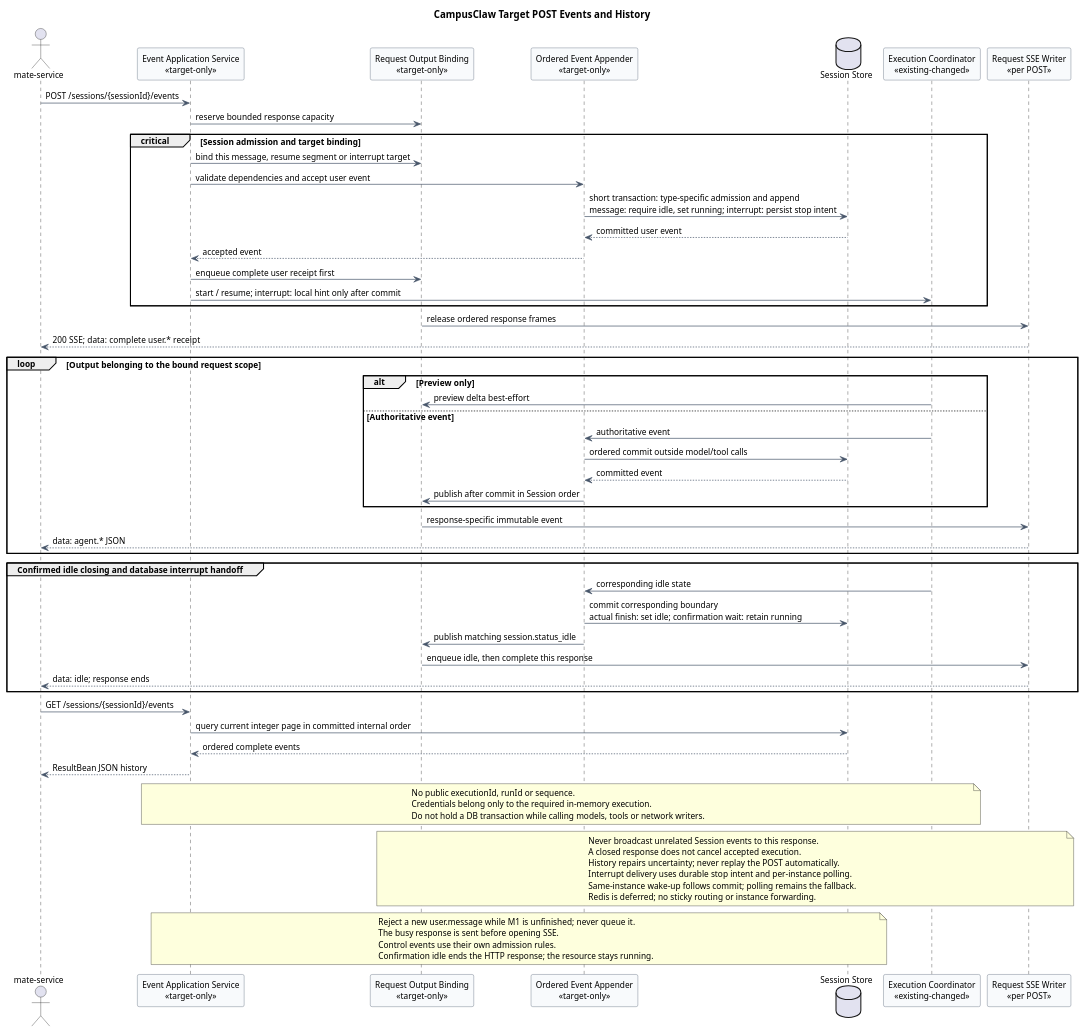
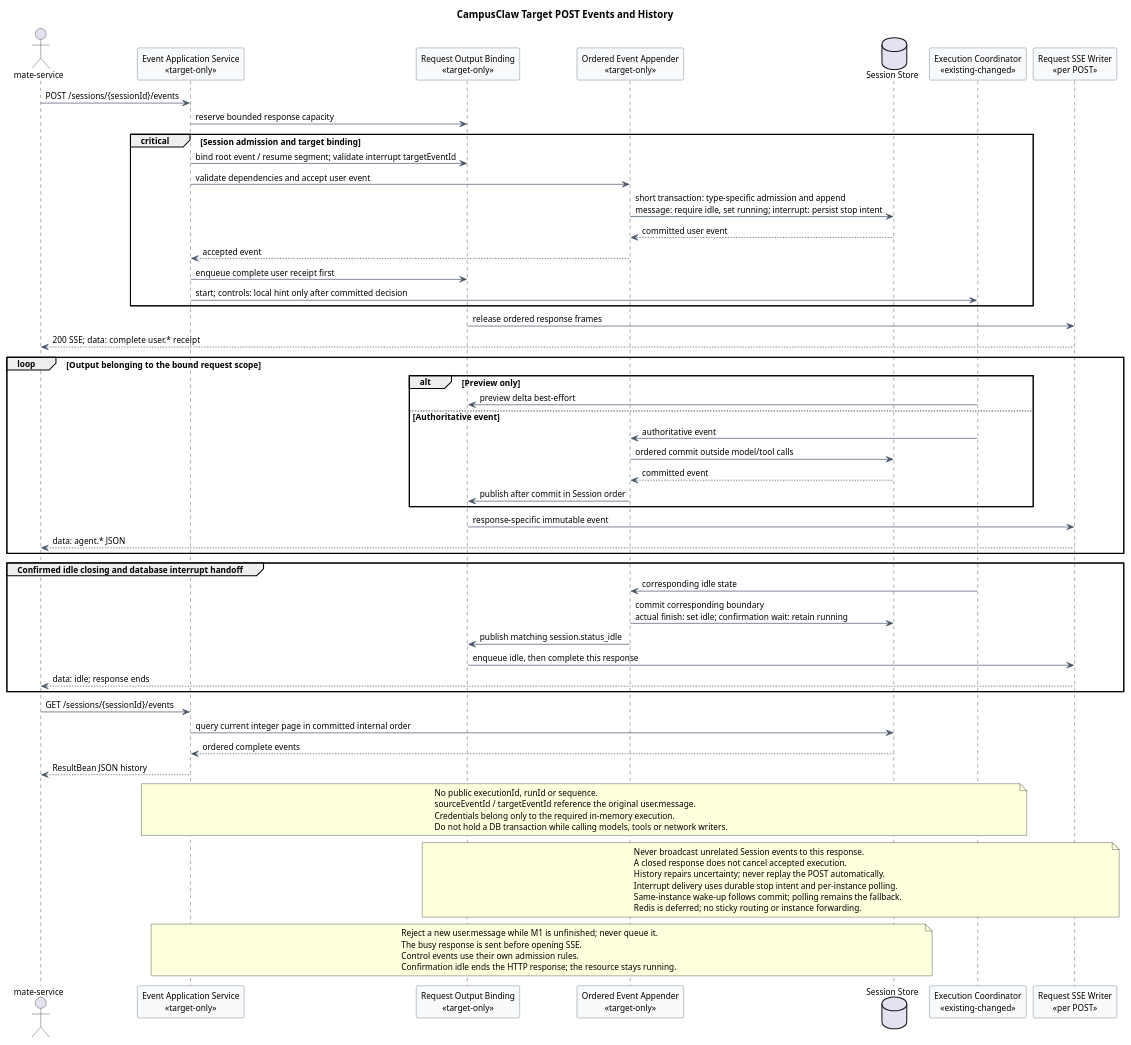
The first of 5 diagrams in 01-总体架构/01-CampusClaw多Agent运行时/设计图/事件接口重设计/diagram.puml (ssm0808/pi-mono-java-design), drawn with PlantUML before and after one commit. The commit also changed other lines of this file and 52 other files, not shown here.

```diff
--- a/01-总体架构/01-CampusClaw多Agent运行时/设计图/事件接口重设计/diagram.puml
+++ b/01-总体架构/01-CampusClaw多Agent运行时/设计图/事件接口重设计/diagram.puml
@@ -1,91 +1,92 @@
 @startuml target_session_events_resource_model
 title CampusClaw Target POST Events and History
 ' Source evidence: pi-mono-java 918005ee8ccc88d179fc31a0de17a92b4a01383b.
 ' campusclaw/src/main/java/com/huawei/hicampus/claw/codingagent/runtimeapi/web/RuntimeEventController.java,
 ' submit/list, lines 61-91: POST SSE and GET history; no standalone read stream.
 ' campusclaw/src/main/java/com/huawei/hicampus/claw/codingagent/runtimeapi/event/RuntimeEventService.java,
 ' prepareAndSubmitLocked/acceptUserEntry, lines 101-141: persist message then start.
 ' These files are unchanged from a8192e047f4061bd385297d3dc6c4358362d0d49.
 ' Observed behavior: current Java already uses request-scoped POST SSE.
 ' Confirmed target architecture: combine submission and output in one POST;
 ' the first business frame is the complete accepted user event, exactly once.
 ' Design reason: remove the gap between a write and an independent live subscription.
 ' Target-only: union input, response projection, causal ordering and integer paging.
 ' Source evidence: campusclaw/src/main/java/com/huawei/hicampus/claw/codingagent/runtimeapi/persistence/MyBatisRuntimeSessionRepository.java,
 ' acceptUserEvent: row lock, idle recheck, message append and running update in one transaction.
 ' Confirmed product constraint: one unfinished user.message per Session across instances.
 skinparam backgroundColor #FFFFFF
 skinparam shadowing false
 skinparam defaultFontName Arial
 skinparam defaultFontSize 12
 skinparam sequence {
   ParticipantBackgroundColor #F8FAFC
   ParticipantBorderColor #475569
   ArrowColor #475569
 }
 actor "mate-service" as Mate
 participant "Event Application Service\n<<target-only>>" as API
 participant "Request Output Binding\n<<target-only>>" as Binding
 participant "Ordered Event Appender\n<<target-only>>" as Append
 database "Session Store" as Store
 participant "Execution Coordinator\n<<existing-changed>>" as Execution
 participant "Request SSE Writer\n<<per POST>>" as Writer
 
 Mate -> API : POST /sessions/{sessionId}/events
 API -> Binding : reserve bounded response capacity
 critical Session admission and target binding
-  API -> Binding : bind this message, resume segment or interrupt target
+  API -> Binding : bind root event / resume segment; validate interrupt targetEventId
   API -> Append : validate dependencies and accept user event
   Append -> Store : short transaction: type-specific admission and append\nmessage: require idle, set running; interrupt: persist stop intent
   Store --> Append : committed user event
   Append --> API : accepted event
   API -> Binding : enqueue complete user receipt first
-  API -> Execution : start / resume; interrupt: local hint only after commit
+  API -> Execution : start; controls: local hint only after committed decision
 end
 Binding -> Writer : release ordered response frames
 Writer --> Mate : 200 SSE; data: complete user.* receipt
 
 loop Output belonging to the bound request scope
   alt Preview only
     Execution -> Binding : preview delta best-effort
   else Authoritative event
     Execution -> Append : authoritative event
     Append -> Store : ordered commit outside model/tool calls
     Store --> Append : committed event
     Append -> Binding : publish after commit in Session order
   end
   Binding -> Writer : response-specific immutable event
   Writer --> Mate : data: agent.* JSON
 end
 group Confirmed idle closing and database interrupt handoff
   Execution -> Append : corresponding idle state
   Append -> Store : commit corresponding boundary\nactual finish: set idle; confirmation wait: retain running
   Append -> Binding : publish matching session.status_idle
   Binding -> Writer : enqueue idle, then complete this response
   Writer --> Mate : data: idle; response ends
 end
 Mate -> API : GET /sessions/{sessionId}/events
 API -> Store : query current integer page in committed internal order
 Store --> API : ordered complete events
 API --> Mate : ResultBean JSON history
 
 note over API,Execution
 No public executionId, runId or sequence.
+sourceEventId / targetEventId reference the original user.message.
 Credentials belong only to the required in-memory execution.
 Do not hold a DB transaction while calling models, tools or network writers.
 end note
 note over Binding,Writer
 Never broadcast unrelated Session events to this response.
 A closed response does not cancel accepted execution.
 History repairs uncertainty; never replay the POST automatically.
 Interrupt delivery uses durable stop intent and per-instance polling.
 Same-instance wake-up follows commit; polling remains the fallback.
 Redis is deferred; no sticky routing or instance forwarding.
 end note
 note over API,Store
 Reject a new user.message while M1 is unfinished; never queue it.
 The busy response is sent before opening SSE.
 Control events use their own admission rules.
 Confirmation idle ends the HTTP response; the resource stays running.
 end note
 @enduml
```
